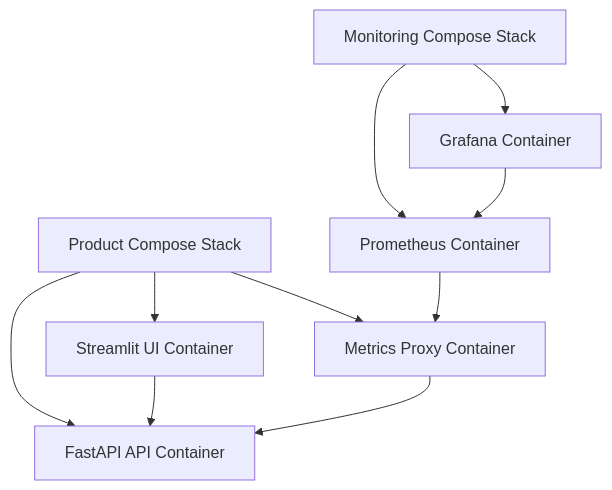
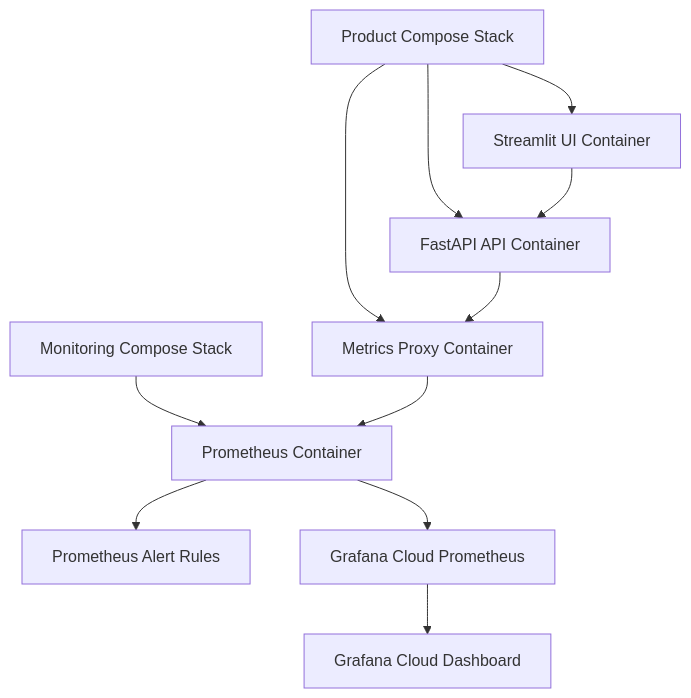
The fourth of 4 diagrams in README.md (sepantakamali/E2EPRAIIP), drawn with Mermaid before and after one commit. The commit also changed other lines of this file and 1 other file, not shown here.

Commit message:
workig on security--prometheus access

````diff
--- a/README.md
+++ b/README.md
@@ -86,14 +87,16 @@
 ```mermaid
 flowchart TD
     ProductCompose[Product Compose Stack] --> UI[Streamlit UI Container]
     ProductCompose --> API[FastAPI API Container]
     ProductCompose --> Proxy[Metrics Proxy Container]
 
     MonitorCompose[Monitoring Compose Stack] --> Prometheus[Prometheus Container]
-    MonitorCompose --> Grafana[Grafana Container]
 
     UI --> API
-    Prometheus --> Proxy
-    Proxy --> API
-    Grafana --> Prometheus
+    API --> Proxy
+    Proxy --> Prometheus
+
+    Prometheus --> Alerts[Prometheus Alert Rules]
+    Prometheus --> RemoteWrite[Grafana Cloud Prometheus]
+    RemoteWrite --> Dashboard[Grafana Cloud Dashboard]
 ```
````
